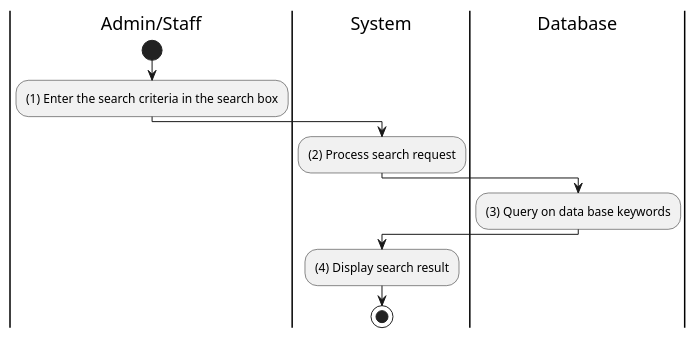
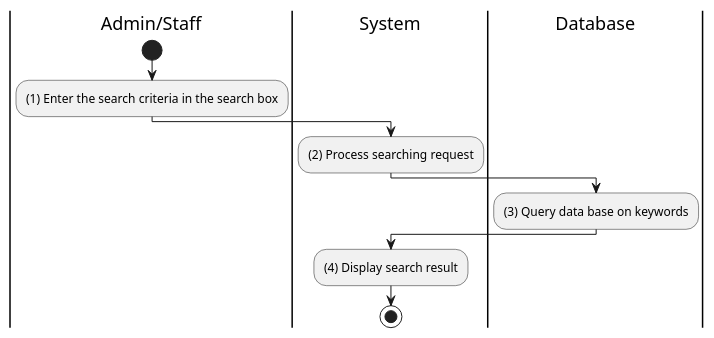
One commit to electricilies/electricilies.github.io changed the diagram in docs/docs/activity/manage-user/search-user.md. Above: the diagram before and after it, drawn with PlantUML. The commit also changed 38 other files, not shown here.

````diff
--- a/docs/docs/activity/manage-user/search-user.md
+++ b/docs/docs/activity/manage-user/search-user.md
@@ -3,18 +3,19 @@
 ```plantuml
 @startuml
 |AS|Admin/Staff
+|S|System
+|D|Database
+
+|AS|
 start
 :(1) Enter the search criteria in the search box;
-
 |S|System
-:(2) Process search request;
-
-|D|Database
-:(3) Query on data base keywords;
-
+:(2) Process searching request;
+|D|
+:(3) Query data base on keywords;
 |S|
 :(4) Display search result;
 stop
 
 @enduml
 ```
````
